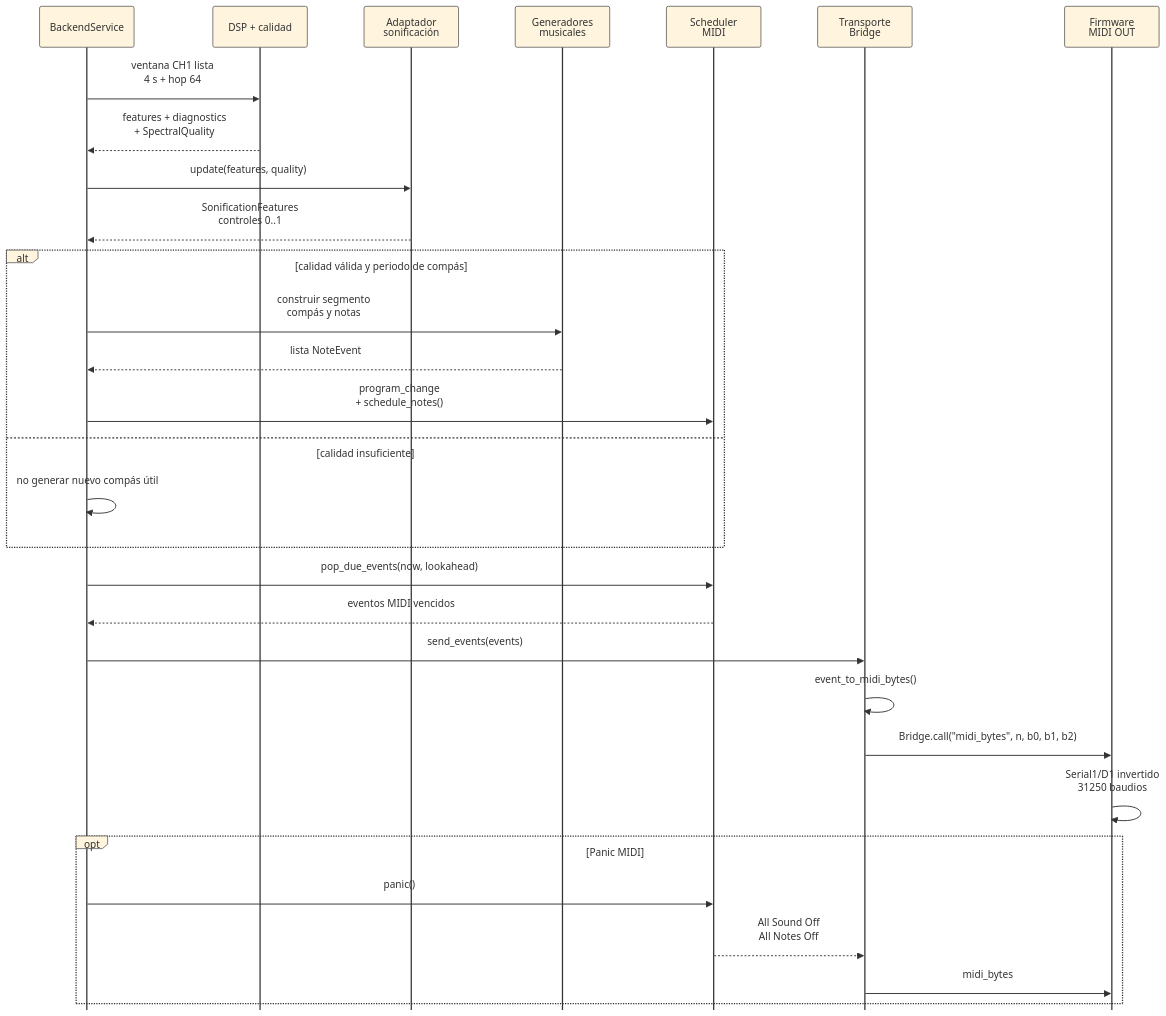
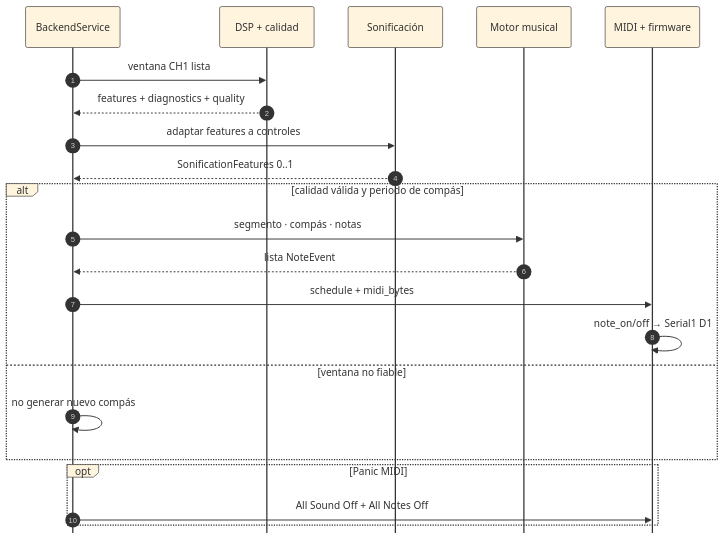
The diagram in TFG_EEG_MIDI/images/uml/impl_sonificacion_flujo.mmd (valtorresm97/REDACCION-TFG), drawn with Mermaid before and after one commit.

Commit message:
Simplify sonification sequence diagram for readability

```diff
--- a/TFG_EEG_MIDI/images/uml/impl_sonificacion_flujo.mmd
+++ b/TFG_EEG_MIDI/images/uml/impl_sonificacion_flujo.mmd
@@ -1,35 +1,25 @@
-%%{init: {"theme": "base", "themeVariables": {"fontSize": "28px", "fontFamily": "Arial", "primaryBorderColor": "#333333", "lineColor": "#333333"}, "sequence": {"showSequenceNumbers": false, "mirrorActors": false, "actorMargin": 90, "messageMargin": 80, "boxMargin": 16, "boxTextMargin": 10, "noteMargin": 14}}}%%
+%%{init: {"theme": "base", "themeVariables": {"fontSize": "24px", "fontFamily": "Arial", "primaryBorderColor": "#333333", "lineColor": "#333333"}, "sequence": {"useMaxWidth": true, "showSequenceNumbers": true, "mirrorActors": false, "diagramMarginX": 18, "diagramMarginY": 12, "actorMargin": 54, "messageMargin": 34, "boxMargin": 8, "boxTextMargin": 6, "noteMargin": 8}}}%%
 sequenceDiagram
-  participant B as BackendService
-  participant D as DSP + calidad
-  participant A as Adaptador<br/>sonificación
-  participant G as Generadores<br/>musicales
-  participant S as Scheduler<br/>MIDI
-  participant T as Transporte<br/>Bridge
-  participant F as Firmware<br/>MIDI OUT
+  participant BE as BackendService
+  participant DSP as DSP + calidad
+  participant SON as Sonificación
+  participant MUS as Motor musical
+  participant MIDI as MIDI + firmware
 
-  B->>D: ventana CH1 lista<br/>4 s + hop 64
-  D-->>B: features + diagnostics<br/>+ SpectralQuality
-  B->>A: update(features, quality)
-  A-->>B: SonificationFeatures<br/>controles 0..1
+  BE->>DSP: ventana CH1 lista
+  DSP-->>BE: features + diagnostics + quality
+  BE->>SON: adaptar features a controles
+  SON-->>BE: SonificationFeatures 0..1
 
   alt calidad válida y periodo de compás
-    B->>G: construir segmento<br/>compás y notas
-    G-->>B: lista NoteEvent
-    B->>S: program_change<br/>+ schedule_notes()
-  else calidad insuficiente
-    B->>B: no generar nuevo compás útil
+    BE->>MUS: segmento · compás · notas
+    MUS-->>BE: lista NoteEvent
+    BE->>MIDI: schedule + midi_bytes
+    MIDI->>MIDI: note_on/off → Serial1 D1
+  else ventana no fiable
+    BE->>BE: no generar nuevo compás
   end
 
-  B->>S: pop_due_events(now, lookahead)
-  S-->>B: eventos MIDI vencidos
-  B->>T: send_events(events)
-  T->>T: event_to_midi_bytes()
-  T->>F: Bridge.call("midi_bytes", n, b0, b1, b2)
-  F->>F: Serial1/D1 invertido<br/>31250 baudios
-
   opt Panic MIDI
-    B->>S: panic()
-    S-->>T: All Sound Off<br/>All Notes Off
-    T->>F: midi_bytes
+    BE->>MIDI: All Sound Off + All Notes Off
   end
```
